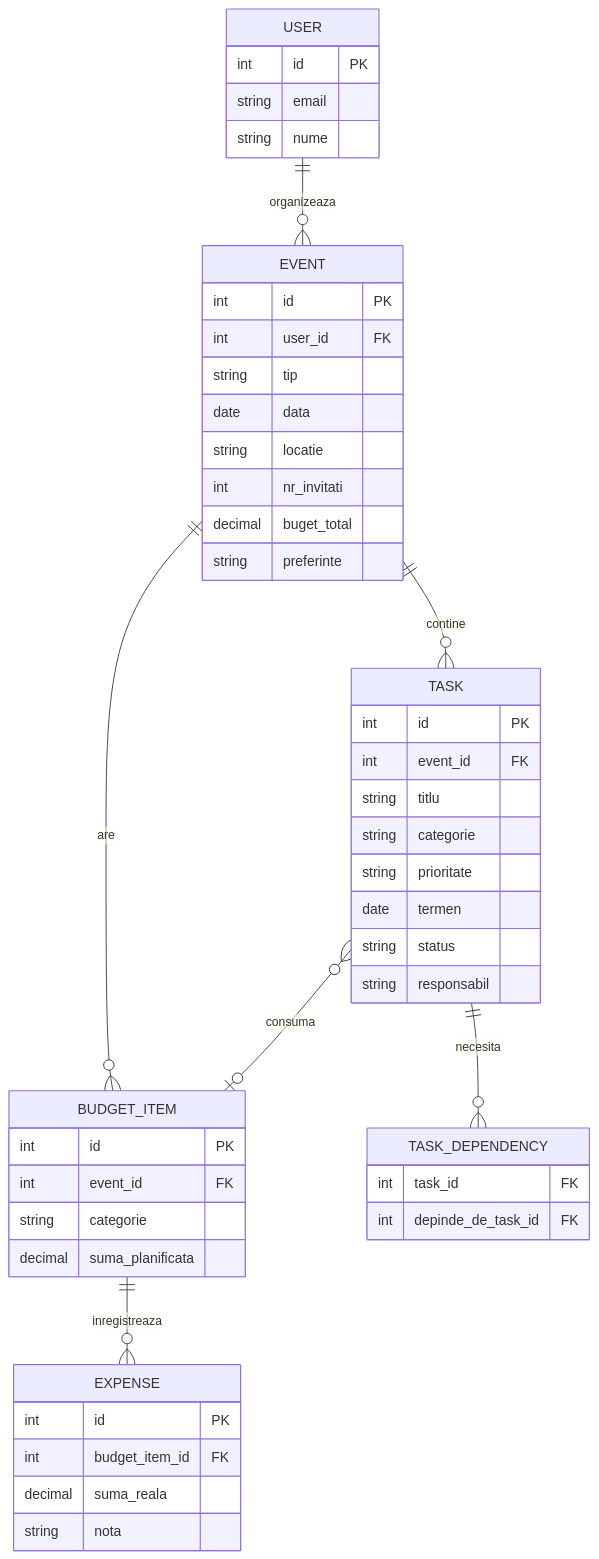
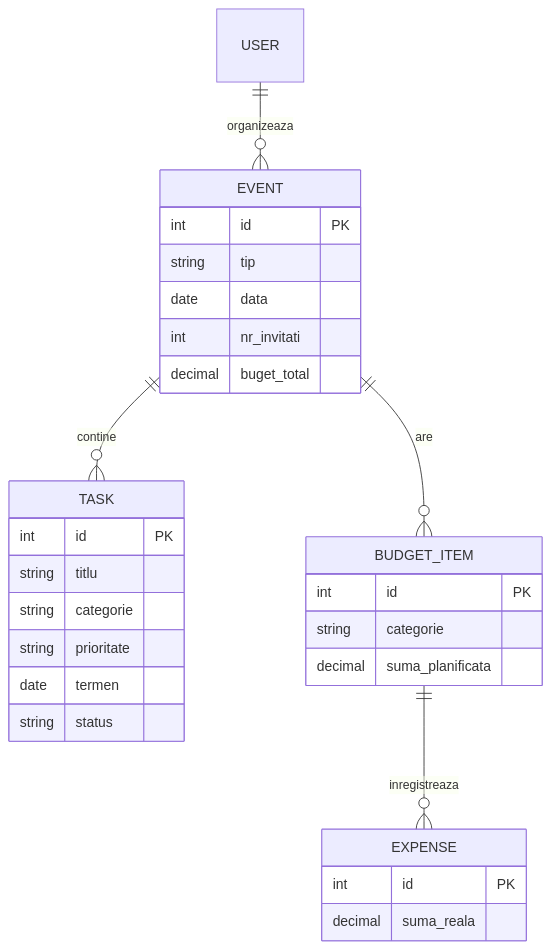
Before and after one commit to tiaaa2805/Licenta---AI-Event-Planning-assistant: the third of 3 diagrams in README.md, drawn with Mermaid. The commit also changed other lines of this file, not shown here.

````diff
--- a/README.md
+++ b/README.md
@@ -358,51 +156,32 @@
 ```mermaid
 erDiagram
     USER ||--o{ EVENT : organizeaza
     EVENT ||--o{ TASK : contine
     EVENT ||--o{ BUDGET_ITEM : are
     BUDGET_ITEM ||--o{ EXPENSE : inregistreaza
-    TASK ||--o{ TASK_DEPENDENCY : necesita
-    TASK }o--o| BUDGET_ITEM : consuma
 
-    USER {
-        int id PK
-        string email
-        string nume
-    }
     EVENT {
         int id PK
-        int user_id FK
         string tip
         date data
-        string locatie
         int nr_invitati
         decimal buget_total
-        string preferinte
     }
     TASK {
         int id PK
-        int event_id FK
         string titlu
         string categorie
         string prioritate
         date termen
         string status
-        string responsabil
-    }
-    TASK_DEPENDENCY {
-        int task_id FK
-        int depinde_de_task_id FK
     }
     BUDGET_ITEM {
         int id PK
-        int event_id FK
         string categorie
         decimal suma_planificata
     }
     EXPENSE {
         int id PK
-        int budget_item_id FK
         decimal suma_reala
-        string nota
     }
 ```
````
